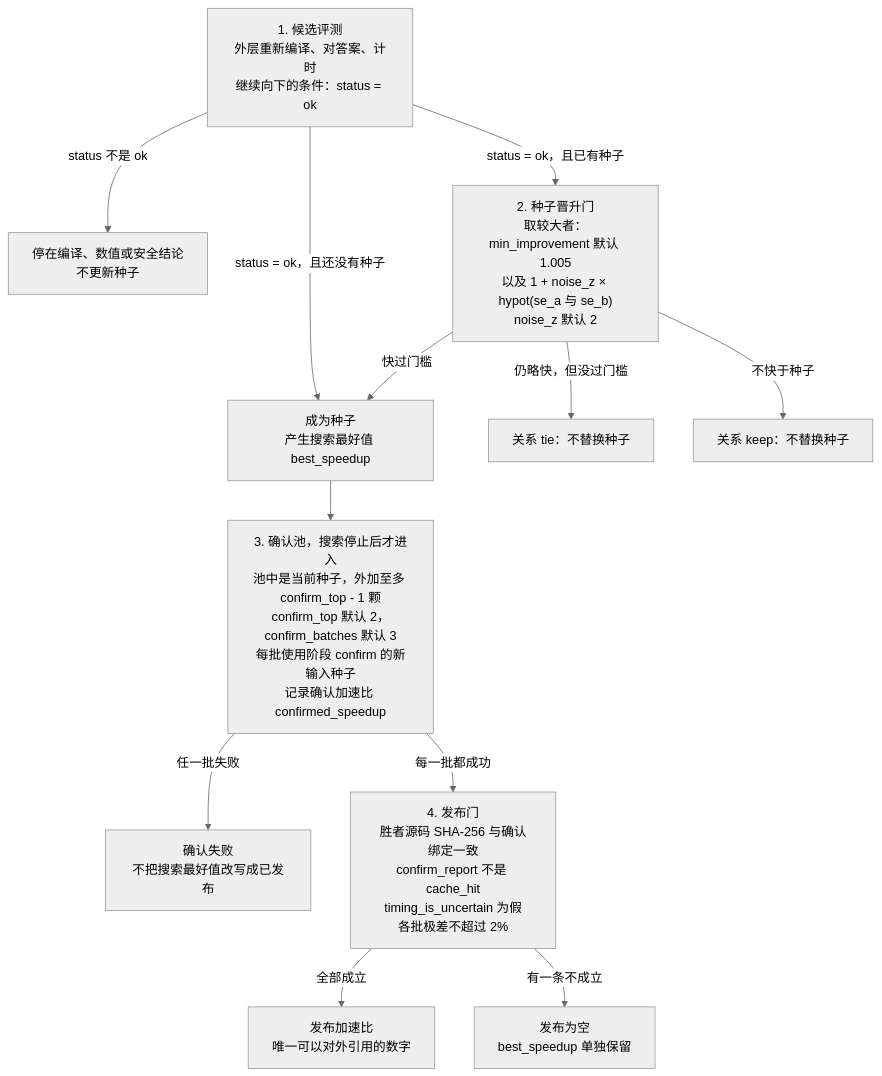
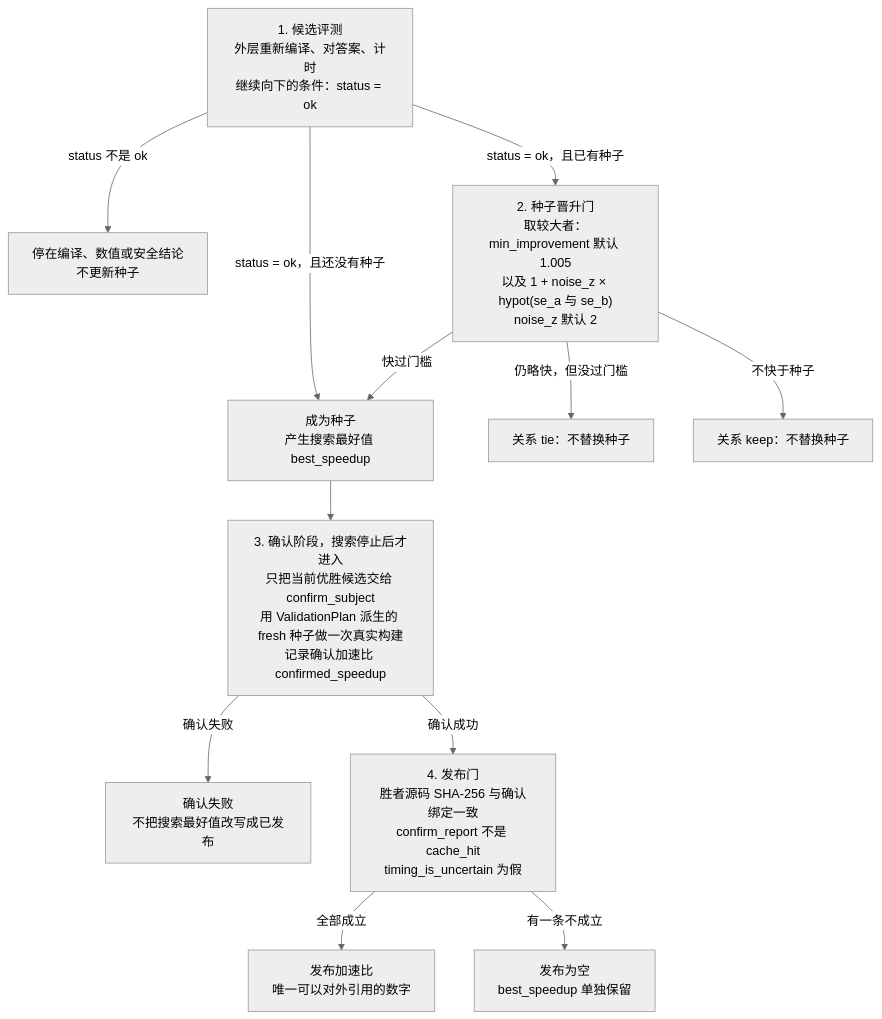
Before and after one commit to kuafuwang/ShapeForge: the second of 6 diagrams in docs/架构/搜索.md, drawn with Mermaid (neutral theme). The commit also changed other lines of this file and 93 other files, not shown here.

````diff
--- a/docs/架构/搜索.md
+++ b/docs/架构/搜索.md
@@ -71,15 +71,15 @@
 ```mermaid
 flowchart TD
   eval["1. 候选评测<br/>外层重新编译、对答案、计时<br/>继续向下的条件：status = ok"]
   eval -->|status 不是 ok| stop1["停在编译、数值或安全结论<br/>不更新种子"]
   eval -->|status = ok，且还没有种子| born["成为种子<br/>产生搜索最好值 best_speedup"]
   eval -->|status = ok，且已有种子| promo["2. 种子晋升门<br/>取较大者：min_improvement 默认 1.005<br/>以及 1 + noise_z × hypot(se_a 与 se_b)<br/>noise_z 默认 2"]
   promo -->|快过门槛| born
   promo -->|仍略快，但没过门槛| tie["关系 tie：不替换种子"]
   promo -->|不快于种子| keep["关系 keep：不替换种子"]
-  born --> pool["3. 确认池，搜索停止后才进入<br/>池中是当前种子，外加至多 confirm_top - 1 颗<br/>confirm_top 默认 2，confirm_batches 默认 3<br/>每批使用阶段 confirm 的新输入种子<br/>记录确认加速比 confirmed_speedup"]
-  pool -->|任一批失败| stop3["确认失败<br/>不把搜索最好值改写成已发布"]
-  pool -->|每一批都成功| pub["4. 发布门<br/>胜者源码 SHA-256 与确认绑定一致<br/>confirm_report 不是 cache_hit<br/>timing_is_uncertain 为假<br/>各批极差不超过 2%"]
+  born --> pool["3. 确认阶段，搜索停止后才进入<br/>只把当前优胜候选交给 confirm_subject<br/>用 ValidationPlan 派生的 fresh 种子做一次真实构建<br/>记录确认加速比 confirmed_speedup"]
+  pool -->|确认失败| stop3["确认失败<br/>不把搜索最好值改写成已发布"]
+  pool -->|确认成功| pub["4. 发布门<br/>胜者源码 SHA-256 与确认绑定一致<br/>confirm_report 不是 cache_hit<br/>timing_is_uncertain 为假"]
   pub -->|全部成立| out["发布加速比<br/>唯一可以对外引用的数字"]
   pub -->|有一条不成立| empty["发布为空<br/>best_speedup 单独保留"]
 ```
````
